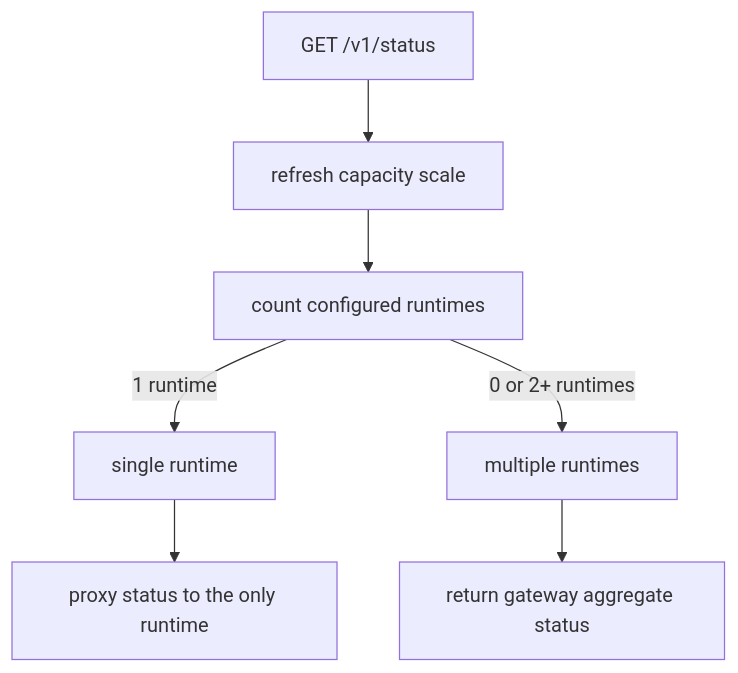
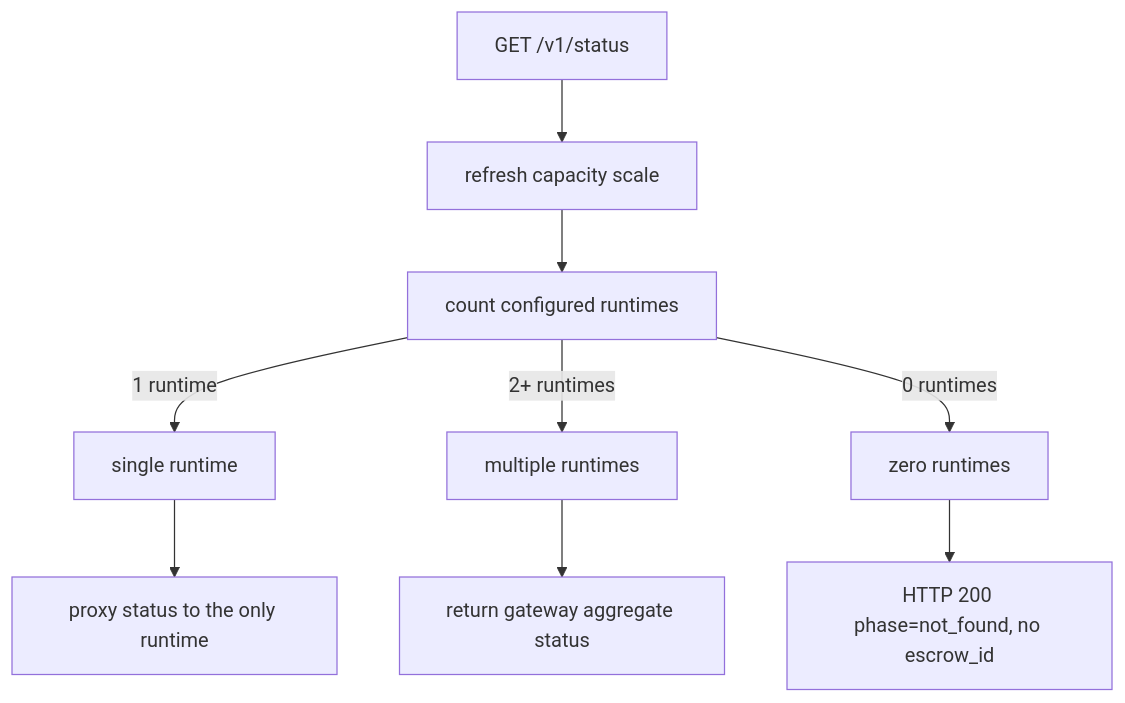
One commit to gonka-ai/gonka changed the fifth of 7 diagrams in devshard/docs/gateway-mockenv-coverage.md. Above: the diagram before and after it, drawn with Mermaid. The commit also changed other lines of this file and 65 other files, not shown here.

````diff
--- a/devshard/docs/gateway-mockenv-coverage.md
+++ b/devshard/docs/gateway-mockenv-coverage.md
@@ -249,14 +249,17 @@
 ```mermaid
 flowchart TD
     Start["GET /v1/status"]
     Refresh["refresh capacity scale"]
     Count["count configured runtimes"]
     Single["single runtime"]
     Multi["multiple runtimes"]
+    None["zero runtimes"]
     Proxy["proxy status to the only runtime"]
     Aggregate["return gateway aggregate status"]
+    NotFound["HTTP 200 phase=not_found, no escrow_id"]
 
     Start --> Refresh --> Count
     Count -->|"1 runtime"| Single --> Proxy
-    Count -->|"0 or 2+ runtimes"| Multi --> Aggregate
+    Count -->|"2+ runtimes"| Multi --> Aggregate
+    Count -->|"0 runtimes"| None --> NotFound
 ```
````
